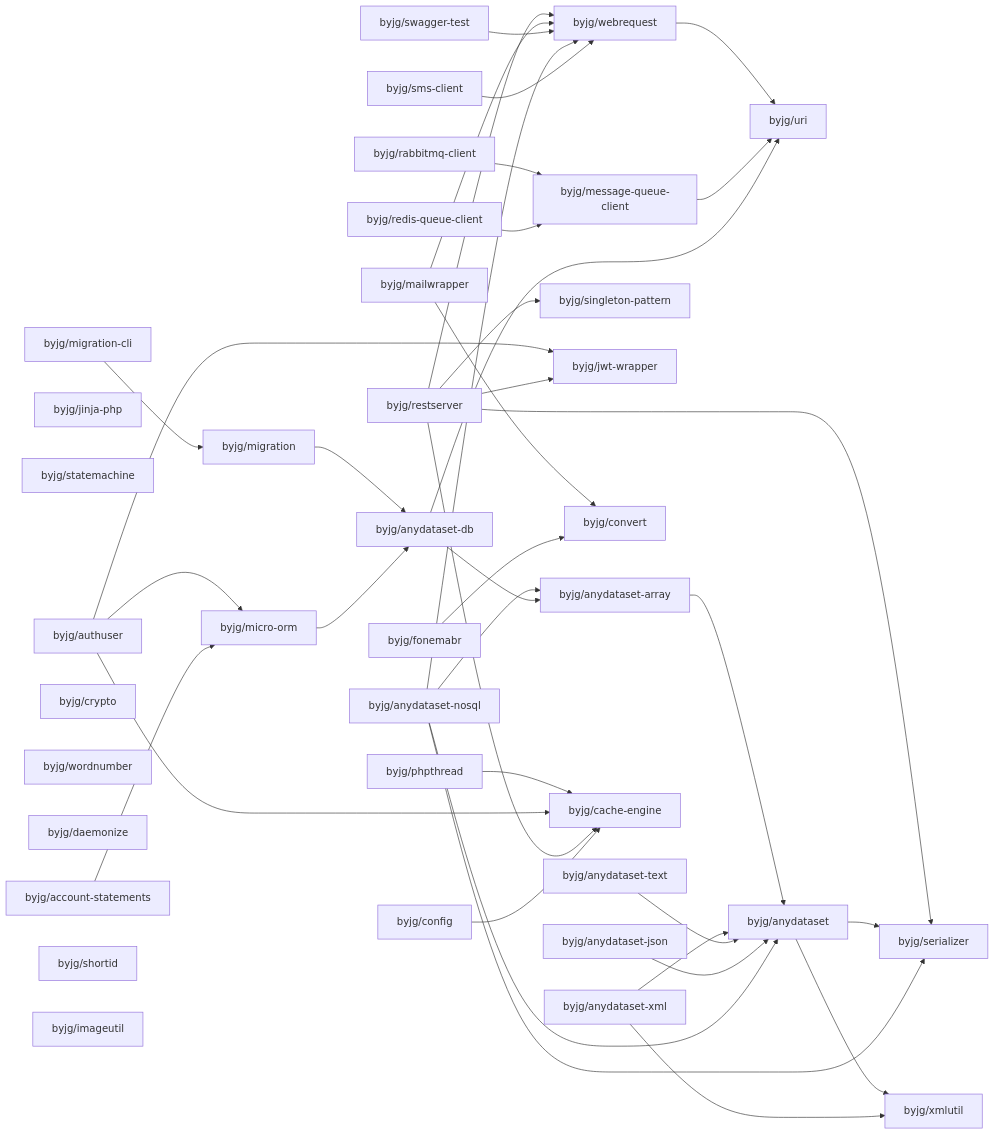
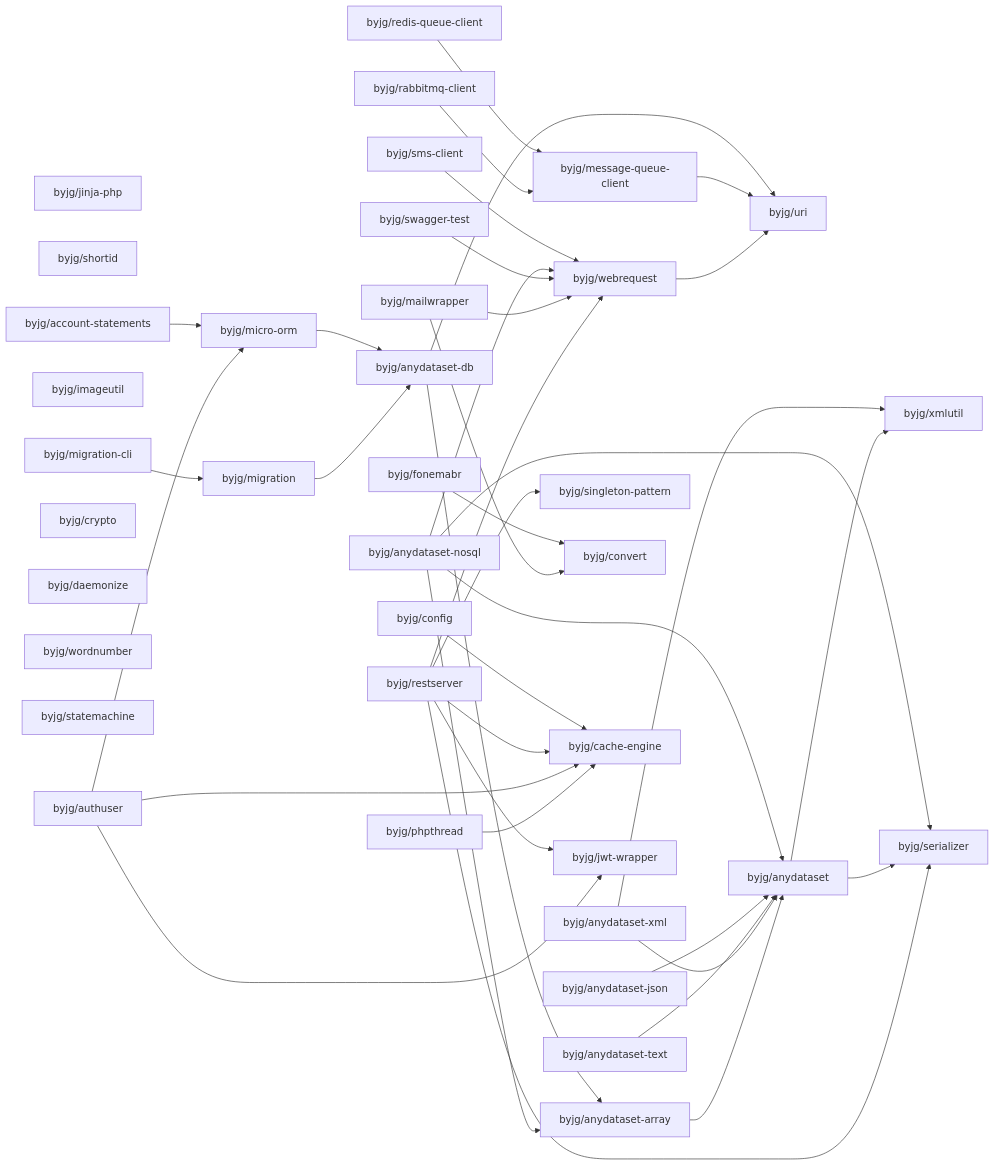
One commit to byjg/byjg.github.io changed the diagram in docs/php/README.md. Above: the diagram before and after it, drawn with Mermaid. The commit also changed other lines of this file, not shown here.

Commit message:
Update documentation 'php' 'php-anydataset-text'

````diff
--- a/docs/php/README.md
+++ b/docs/php/README.md
@@ -3,76 +3,76 @@
 ```mermaid
 graph LR;
+  byjg/jinja-php;
+  byjg/rabbitmq-client;
+  byjg/shortid;
+  byjg/account-statements;
+  byjg/imageutil;
+  byjg/migration-cli;
   byjg/anydataset-text;
-  byjg/account-statements;
+  byjg/redis-queue-client;
+  byjg/swagger-test;
+  byjg/restserver;
+  byjg/crypto;
+  byjg/config;
+  byjg/phpthread;
+  byjg/anydataset-xml;
+  byjg/anydataset-nosql;
+  byjg/daemonize;
+  byjg/mailwrapper;
+  byjg/fonemabr;
+  byjg/wordnumber;
+  byjg/statemachine;
+  byjg/sms-client;
   byjg/anydataset-json;
-  byjg/phpthread;
-  byjg/jinja-php;
-  byjg/statemachine;
   byjg/authuser;
-  byjg/swagger-test;
-  byjg/rabbitmq-client;
-  byjg/sms-client;
-  byjg/restserver;
-  byjg/redis-queue-client;
-  byjg/crypto;
-  byjg/wordnumber;
-  byjg/mailwrapper;
-  byjg/daemonize;
-  byjg/fonemabr;
-  byjg/migration-cli;
-  byjg/shortid;
-  byjg/anydataset-nosql;
-  byjg/config;
-  byjg/anydataset-xml;
-  byjg/imageutil;
+  byjg/migration;
+  byjg/message-queue-client;
+  byjg/singleton-pattern;
+  byjg/convert;
+  byjg/webrequest;
   byjg/micro-orm;
-  byjg/singleton-pattern;
+  byjg/cache-engine;
   byjg/jwt-wrapper;
-  byjg/message-queue-client;
-  byjg/convert;
-  byjg/migration;
-  byjg/webrequest;
-  byjg/cache-engine;
   byjg/anydataset-db;
   byjg/anydataset-array;
   byjg/uri;
   byjg/anydataset;
   byjg/serializer;
   byjg/xmlutil;
   byjg/phpthread --> byjg/cache-engine;
   byjg/authuser --> byjg/micro-orm;
   byjg/authuser --> byjg/cache-engine;
   byjg/authuser --> byjg/jwt-wrapper;
   byjg/anydataset-array --> byjg/anydataset;
   byjg/restserver --> byjg/serializer;
   byjg/restserver --> byjg/singleton-pattern;
   byjg/restserver --> byjg/cache-engine;
   byjg/restserver --> byjg/webrequest;
   byjg/restserver --> byjg/jwt-wrapper;
   byjg/mailwrapper --> byjg/convert;
   byjg/mailwrapper --> byjg/webrequest;
   byjg/swagger-test --> byjg/webrequest;
   byjg/migration --> byjg/anydataset-db;
   byjg/account-statements --> byjg/micro-orm;
   byjg/anydataset --> byjg/serializer;
   byjg/anydataset --> byjg/xmlutil;
   byjg/fonemabr --> byjg/convert;
   byjg/anydataset-xml --> byjg/anydataset;
   byjg/anydataset-xml --> byjg/xmlutil;
   byjg/webrequest --> byjg/uri;
   byjg/config --> byjg/cache-engine;
   byjg/migration-cli --> byjg/migration;
   byjg/anydataset-text --> byjg/anydataset;
   byjg/micro-orm --> byjg/anydataset-db;
   byjg/message-queue-client --> byjg/uri;
   byjg/anydataset-json --> byjg/anydataset;
   byjg/anydataset-nosql --> byjg/anydataset;
   byjg/anydataset-nosql --> byjg/anydataset-array;
   byjg/anydataset-nosql --> byjg/serializer;
   byjg/anydataset-nosql --> byjg/webrequest;
   byjg/anydataset-db --> byjg/anydataset-array;
   byjg/anydataset-db --> byjg/uri;
   byjg/rabbitmq-client --> byjg/message-queue-client;
   byjg/redis-queue-client --> byjg/message-queue-client;
   byjg/sms-client --> byjg/webrequest;
 ```
````
